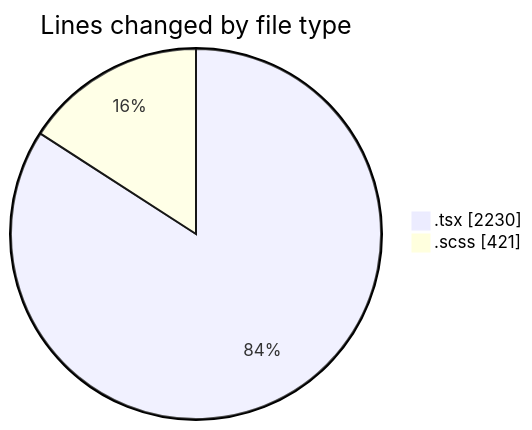
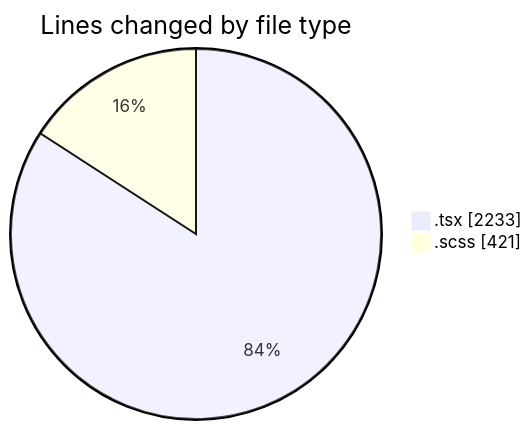
One commit to momahboobian/code-tracking changed the first of 2 diagrams in 2025-10-01/cda/README.md. Above: the diagram before and after it, drawn with Mermaid. The commit also changed other lines of this file and 1 other file, not shown here.

````diff
--- a/2025-10-01/cda/README.md
+++ b/2025-10-01/cda/README.md
@@ -25,6 +25,6 @@
 ```mermaid
 pie showData
 title Lines changed by file type
-".tsx" : 2230
+".tsx" : 2233
 ".scss" : 421
 ```
````
